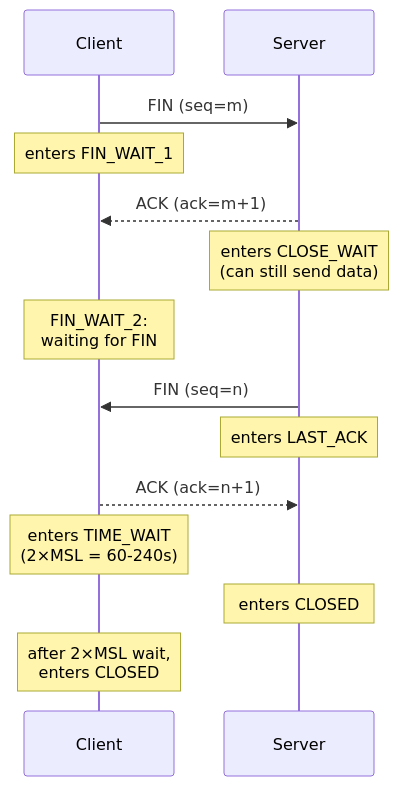
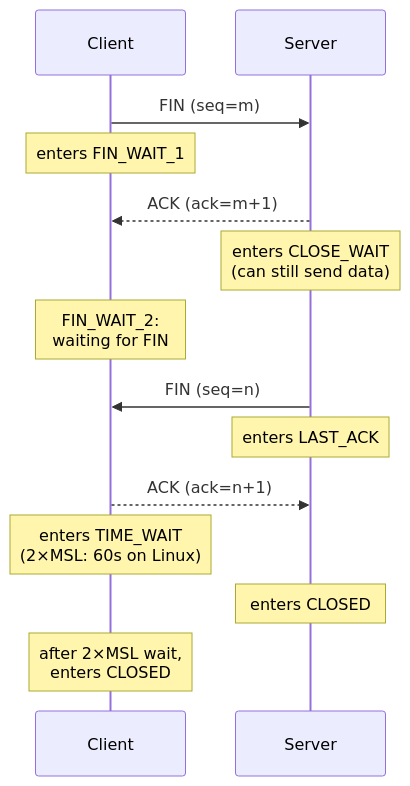
The third of 8 diagrams in src/main/java/com/rutik/systemdesign/backend/tcp_ip_deep_dive/README.md (rppol/system-design), drawn with Mermaid before and after one commit. The commit also changed other lines of this file and 5 other files, not shown here.

````diff
--- a/src/main/java/com/rutik/systemdesign/backend/tcp_ip_deep_dive/README.md
+++ b/src/main/java/com/rutik/systemdesign/backend/tcp_ip_deep_dive/README.md
@@ -123,17 +123,17 @@
 ```mermaid
 sequenceDiagram
     participant C as Client
     participant S as Server
 
     C->>S: FIN (seq=m)
     Note over C: enters FIN_WAIT_1
     S-->>C: ACK (ack=m+1)
     Note over S: enters CLOSE_WAIT<br/>(can still send data)
     Note over C: FIN_WAIT_2:<br/>waiting for FIN
     S->>C: FIN (seq=n)
     Note over S: enters LAST_ACK
     C-->>S: ACK (ack=n+1)
-    Note over C: enters TIME_WAIT<br/>(2×MSL = 60-240s)
+    Note over C: enters TIME_WAIT<br/>(2×MSL: 60s on Linux)
     Note over S: enters CLOSED
     Note over C: after 2×MSL wait,<br/>enters CLOSED
 ```
````
